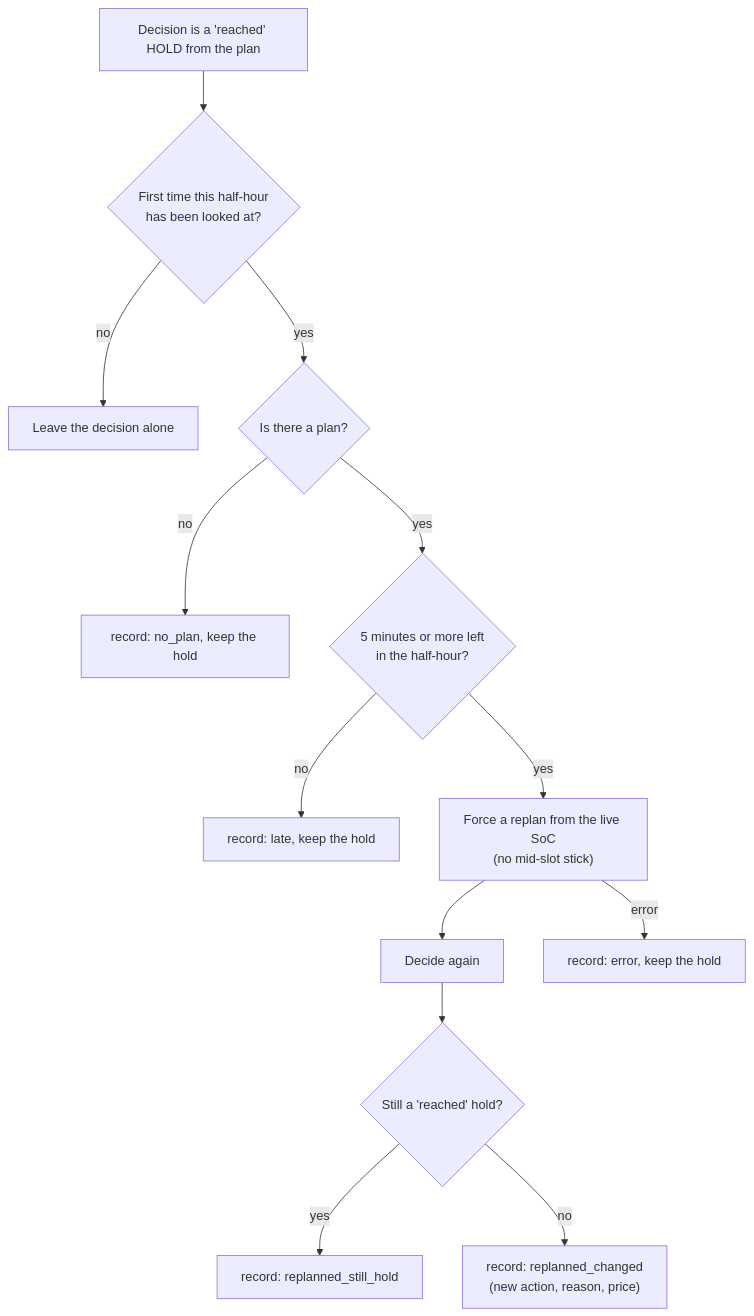
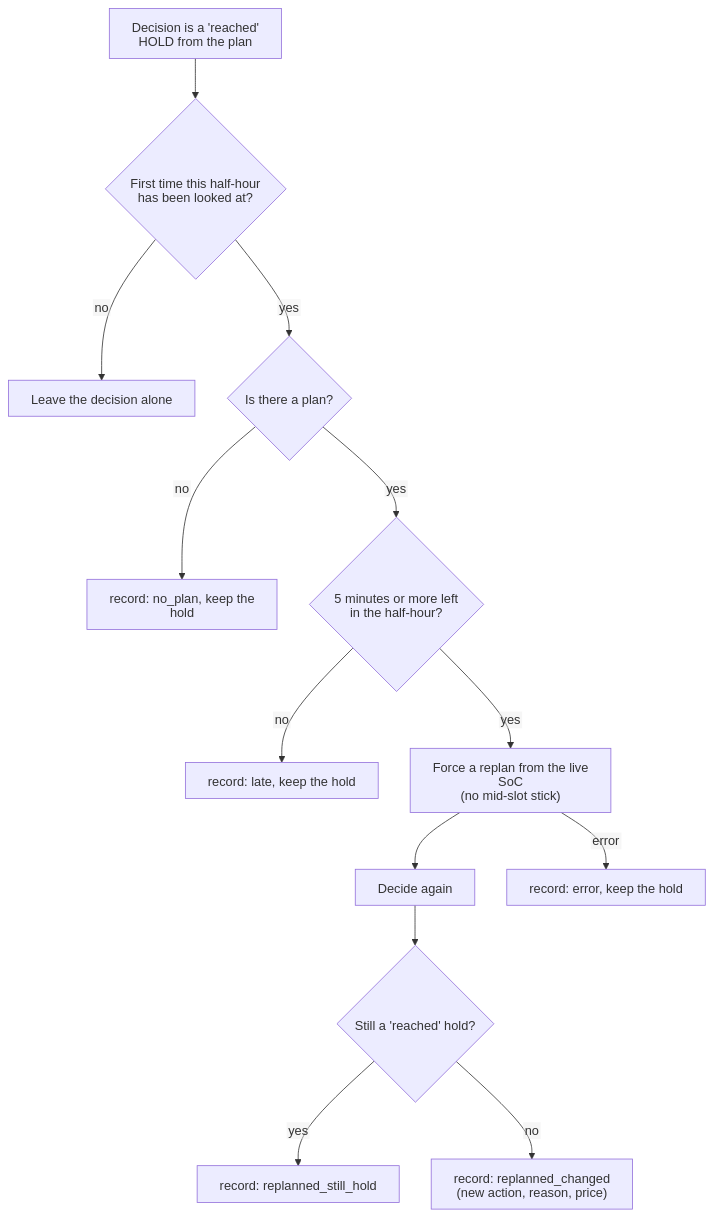
Before and after one commit to durkimat/ha-powerengine-controller: the third of 3 diagrams in docs/logic/05-plan-to-decision.md, drawn with Mermaid. The commit also changed other lines of this file and 10 other files, not shown here.

First line of the commit message:
Docs: stop diagram labels being clipped; make the 0.2 kWh wording match the code

````diff
--- a/docs/logic/05-plan-to-decision.md
+++ b/docs/logic/05-plan-to-decision.md
@@ -67,15 +69,16 @@
 ```mermaid
+%%{init: {"htmlLabels": false, "flowchart": {"htmlLabels": false, "padding": 14, "nodeSpacing": 40, "rankSpacing": 50, "useMaxWidth": false}, "sequence": {"wrap": true, "useMaxWidth": false}}}%%
 flowchart TD
     A["Decision is a 'reached' HOLD from the plan"] --> B{"First time this half-hour<br/>has been looked at?"}
     B -- no --> Z["Leave the decision alone"]
     B -- yes --> C{"Is there a plan?"}
     C -- no --> R1["record: no_plan, keep the hold"]
     C -- yes --> D{"5 minutes or more left<br/>in the half-hour?"}
     D -- no --> R2["record: late, keep the hold"]
     D -- yes --> E["Force a replan from the live SoC<br/>(no mid-slot stick)"]
     E --> F["Decide again"]
     F --> G{"Still a 'reached' hold?"}
     G -- yes --> R3["record: replanned_still_hold"]
     G -- no --> R4["record: replanned_changed<br/>(new action, reason, price)"]
     E -- "error" --> R5["record: error, keep the hold"]
 ```
````
